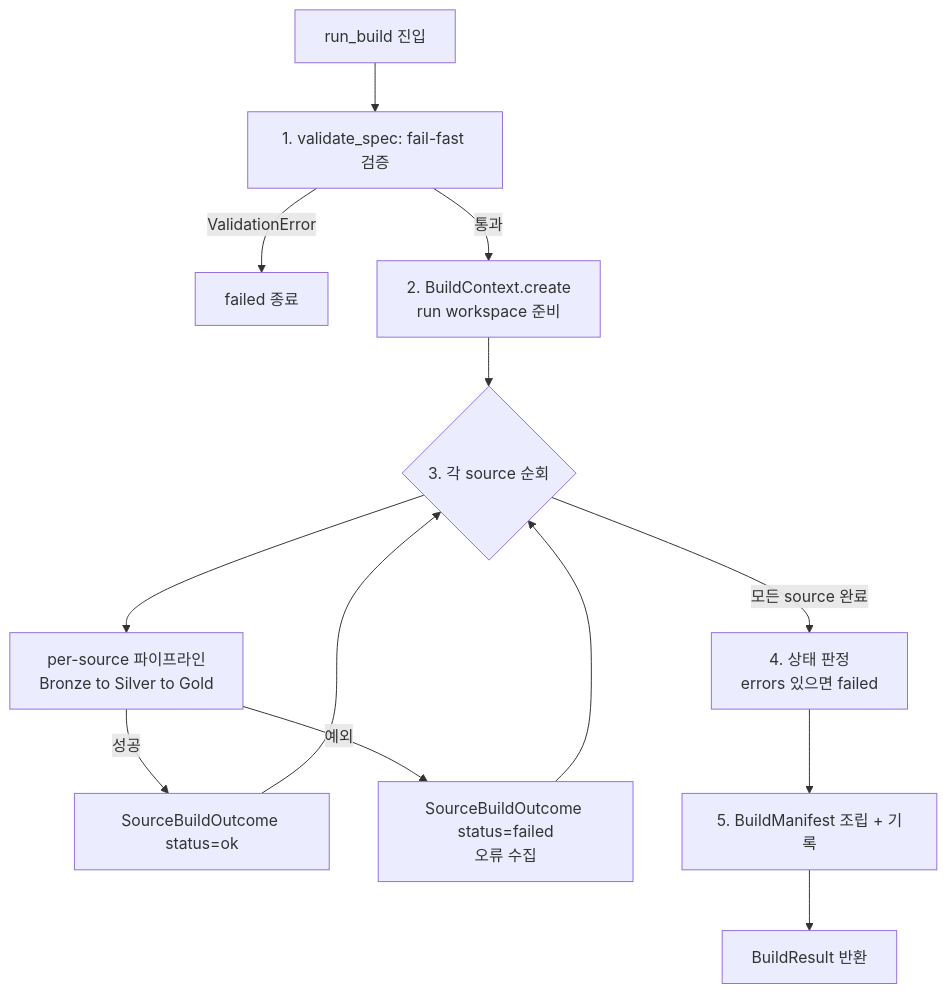
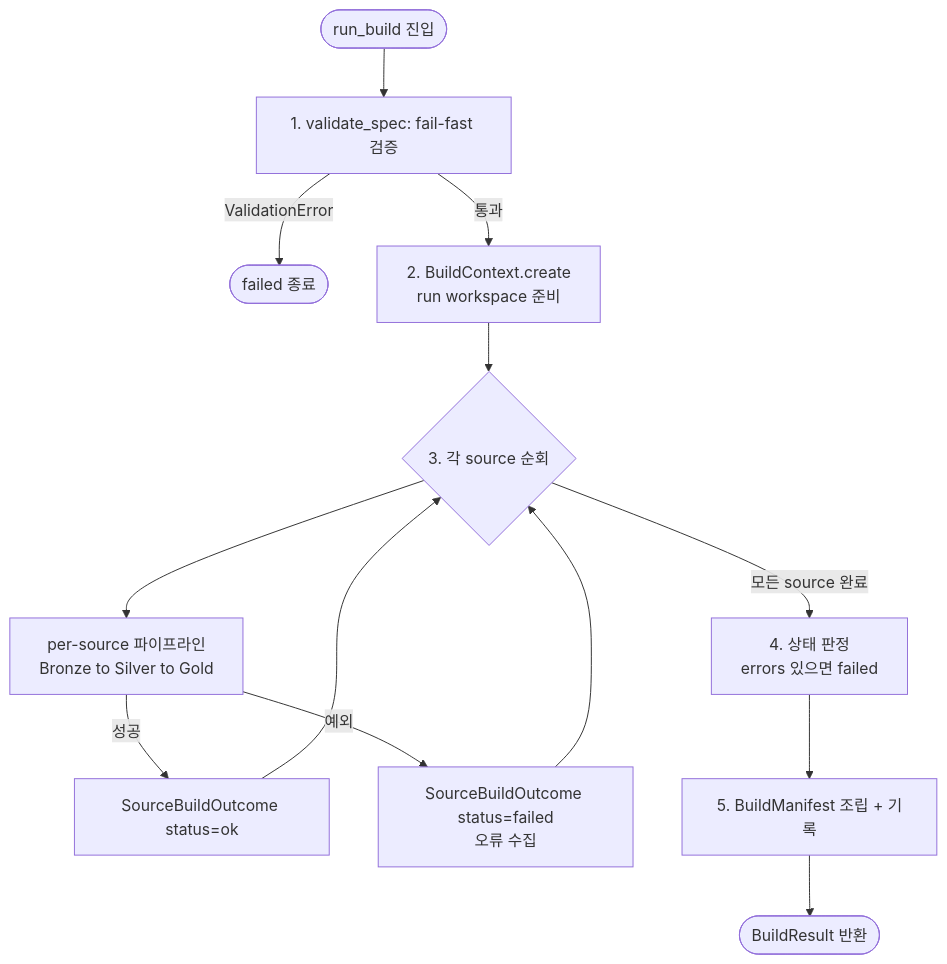
One commit to yeongseon/kpubdata-builder changed the first of 2 diagrams in ALGORITHM.md. Above: the diagram before and after it, drawn with Mermaid. The commit also changed other lines of this file and 2 other files, not shown here.

Commit message:
docs: standardize procedural flowcharts with start/end terminators (#280)
Apply consistent flowchart conventions to the procedural (sequence/branch)
diagrams so they read as proper flowcharts: explicit start/end terminators
(stadium shape) and decision diamonds. Structural diagrams (layer/dependency
maps, file trees, entity relationships) are intentionally left unchanged.

- ALGORITHM.md: mark run_build entry and terminal nodes as terminators;
  add explicit start/end for the per-source pipeline
- CONTRIBUTING.md: contribution flow start/end terminators
- EXPORT_MODEL.md: add start/end terminators to the exporter tutorial flow

Validated with mermaid-cli render and mkdocs build --strict (exit 0).

````diff
--- a/ALGORITHM.md
+++ b/ALGORITHM.md
@@ -26,15 +26,15 @@
 ```mermaid
 flowchart TD
-    A[run_build 진입] --> B[1. validate_spec: fail-fast 검증]
-    B -->|ValidationError| Z[failed 종료]
+    A([run_build 진입]) --> B[1. validate_spec: fail-fast 검증]
+    B -->|ValidationError| Z([failed 종료])
     B -->|통과| C[2. BuildContext.create<br/>run workspace 준비]
     C --> D{3. 각 source 순회}
     D --> E[per-source 파이프라인<br/>Bronze to Silver to Gold]
     E -->|성공| F[SourceBuildOutcome status=ok]
     E -->|예외| G[SourceBuildOutcome status=failed<br/>오류 수집]
     F --> D
     G --> D
     D -->|모든 source 완료| H[4. 상태 판정<br/>errors 있으면 failed]
     H --> I[5. BuildManifest 조립 + 기록]
-    I --> J[BuildResult 반환]
+    I --> J([BuildResult 반환])
 ```
````
